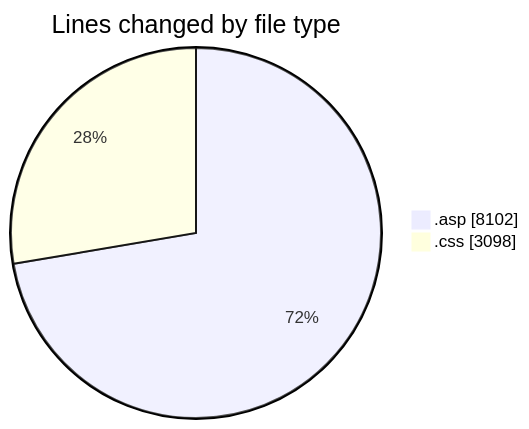
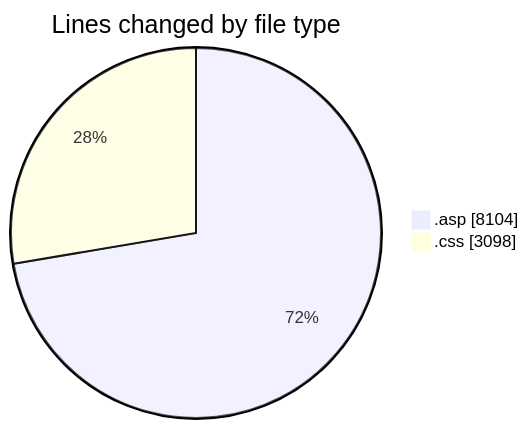
The first of 2 diagrams in 2025-11-15/cdp_aleoudev_fr__workspace_/README.md (julien-gomy/code-tracking), drawn with Mermaid before and after one commit. The commit also changed other lines of this file and 1 other file, not shown here.

````diff
--- a/2025-11-15/cdp_aleoudev_fr__workspace_/README.md
+++ b/2025-11-15/cdp_aleoudev_fr__workspace_/README.md
@@ -33,6 +33,6 @@
 ```mermaid
 pie showData
 title Lines changed by file type
-".asp" : 8102
+".asp" : 8104
 ".css" : 3098
 ```
````
